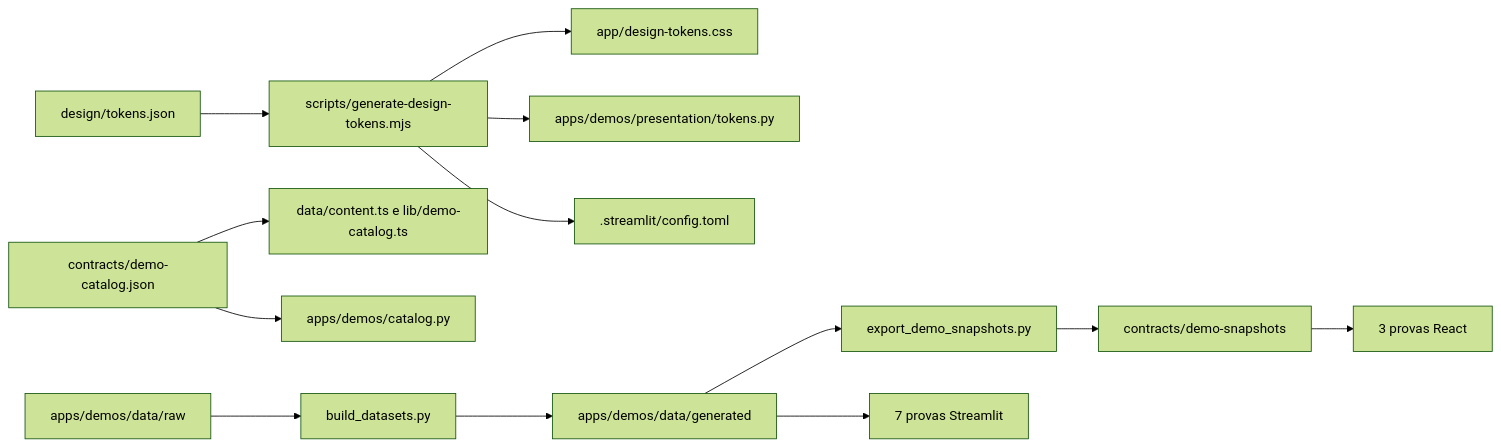
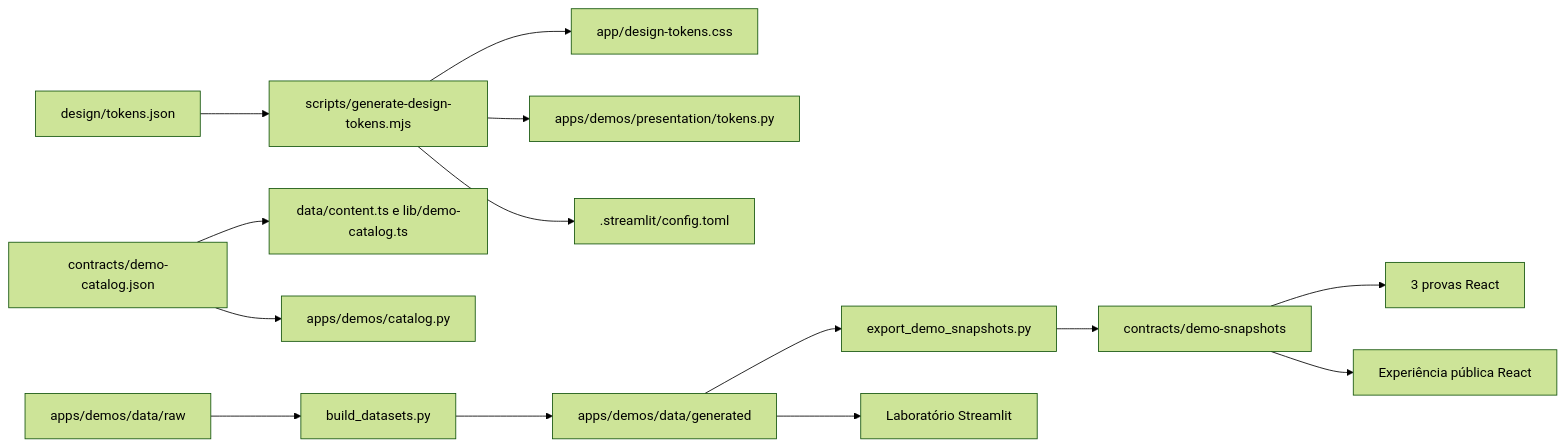
One commit to lucasdevlogis-cpu/portfolio-lucas-batista changed the diagram in docs/ARQUITETURA.md. Above: the diagram before and after it, drawn with Mermaid (forest theme). The commit also changed other lines of this file and 66 other files, not shown here.

````diff
--- a/docs/ARQUITETURA.md
+++ b/docs/ARQUITETURA.md
@@ -39,17 +40,18 @@
 ```mermaid
 flowchart LR
   T[design/tokens.json] --> G[scripts/generate-design-tokens.mjs]
   G --> CSS[app/design-tokens.css]
   G --> PY[apps/demos/presentation/tokens.py]
   G --> ST[.streamlit/config.toml]
 
   C[contracts/demo-catalog.json] --> NEXT[data/content.ts e lib/demo-catalog.ts]
   C --> NAV[apps/demos/catalog.py]
 
   RAW[apps/demos/data/raw] --> BUILD[build_datasets.py]
   BUILD --> DATA[apps/demos/data/generated]
   DATA --> EXPORT[export_demo_snapshots.py]
   EXPORT --> SNAP[contracts/demo-snapshots]
   SNAP --> PROOFS[3 provas React]
-  DATA --> STREAMLIT[7 provas Streamlit]
+  DATA --> STREAMLIT[Laboratório Streamlit]
+  SNAP --> WEB[Experiência pública React]
 ```
````
